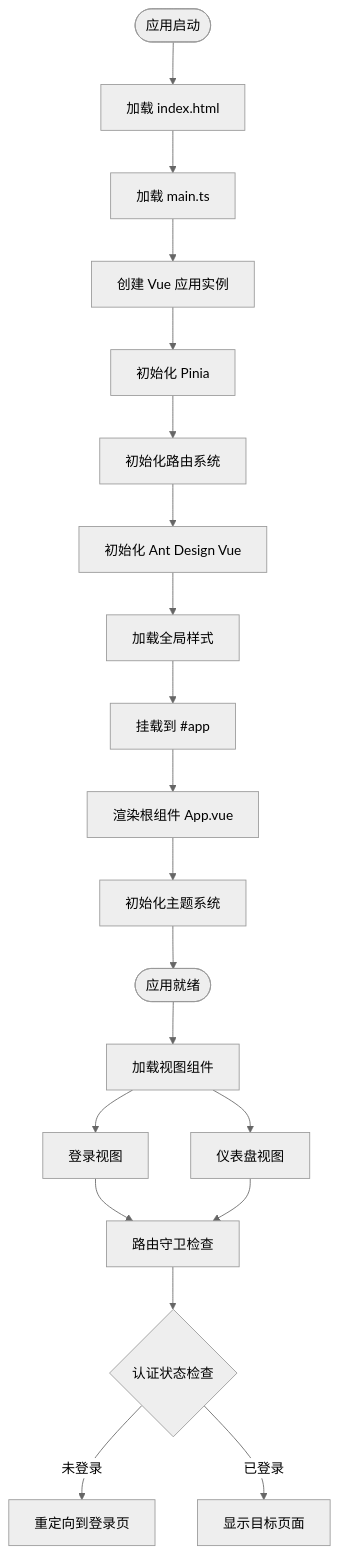
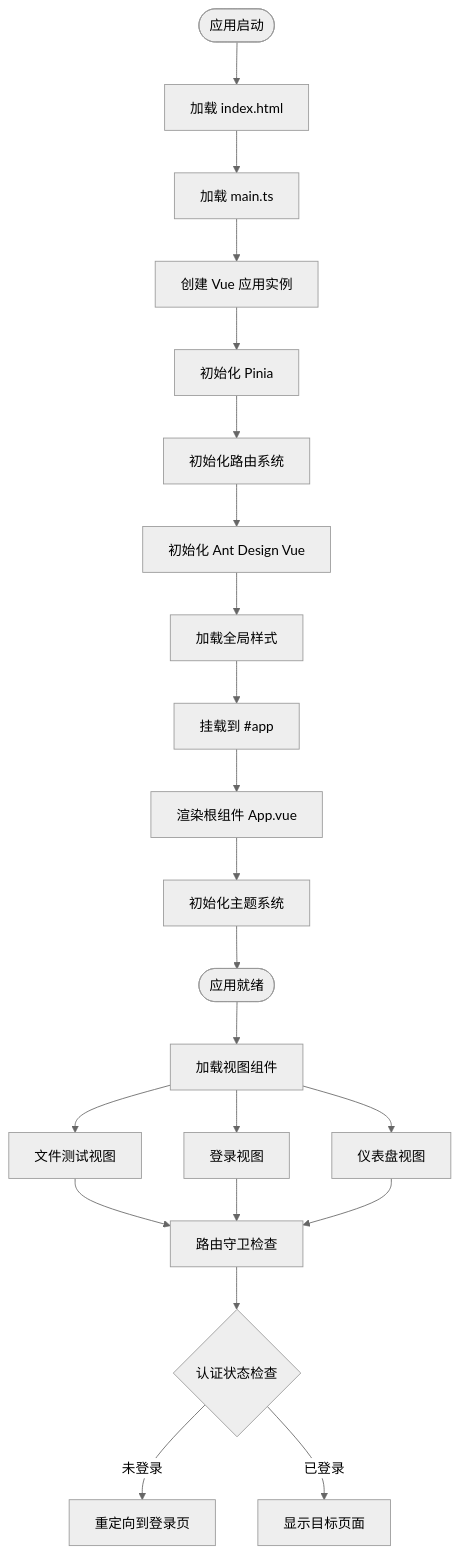
The fifth of 14 diagrams in .qoder/repowiki/zh/content/前端应用架构/Vue 应用结构.md (ATOMLubover/poprako), drawn with Mermaid (neutral theme) before and after one commit. The commit also changed other lines of this file and 5 other files, not shown here.

````diff
--- a/.qoder/repowiki/zh/content/前端应用架构/Vue 应用结构.md
+++ b/.qoder/repowiki/zh/content/前端应用架构/Vue 应用结构.md
@@ -219,22 +232,24 @@
 ```mermaid
 flowchart TD
 Start([应用启动]) --> LoadIndexHTML["加载 index.html"]
 LoadIndexHTML --> LoadMainTS["加载 main.ts"]
 LoadMainTS --> CreateVueApp["创建 Vue 应用实例"]
 CreateVueApp --> InitPinia["初始化 Pinia"]
 InitPinia --> InitRouter["初始化路由系统"]
 InitRouter --> InitAntd["初始化 Ant Design Vue"]
 InitAntd --> LoadStyles["加载全局样式"]
 LoadStyles --> MountApp["挂载到 #app"]
 MountApp --> RenderRoot["渲染根组件 App.vue"]
 RenderRoot --> InitTheme["初始化主题系统"]
 InitTheme --> Ready([应用就绪])
 Ready --> LoadViews["加载视图组件"]
 LoadViews --> LoginView["登录视图"]
 LoadViews --> DashboardView["仪表盘视图"]
-LoginView --> RouterGuard["路由守卫检查"]
+LoadViews --> FileTestView["文件测试视图"]
+FileTestView --> RouterGuard["路由守卫检查"]
+LoginView --> RouterGuard
 DashboardView --> RouterGuard
 RouterGuard --> AuthCheck{"认证状态检查"}
 AuthCheck --> |未登录| RedirectLogin["重定向到登录页"]
 AuthCheck --> |已登录| ShowPage["显示目标页面"]
 ```
````
